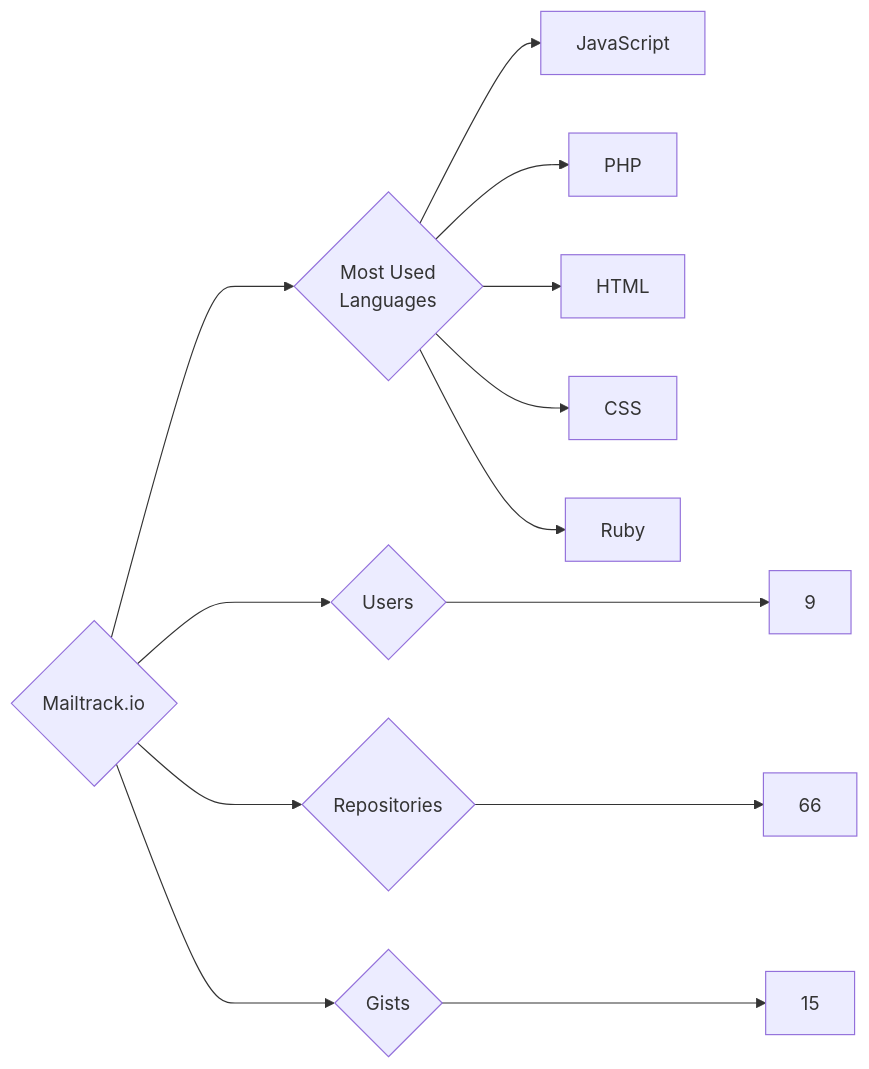
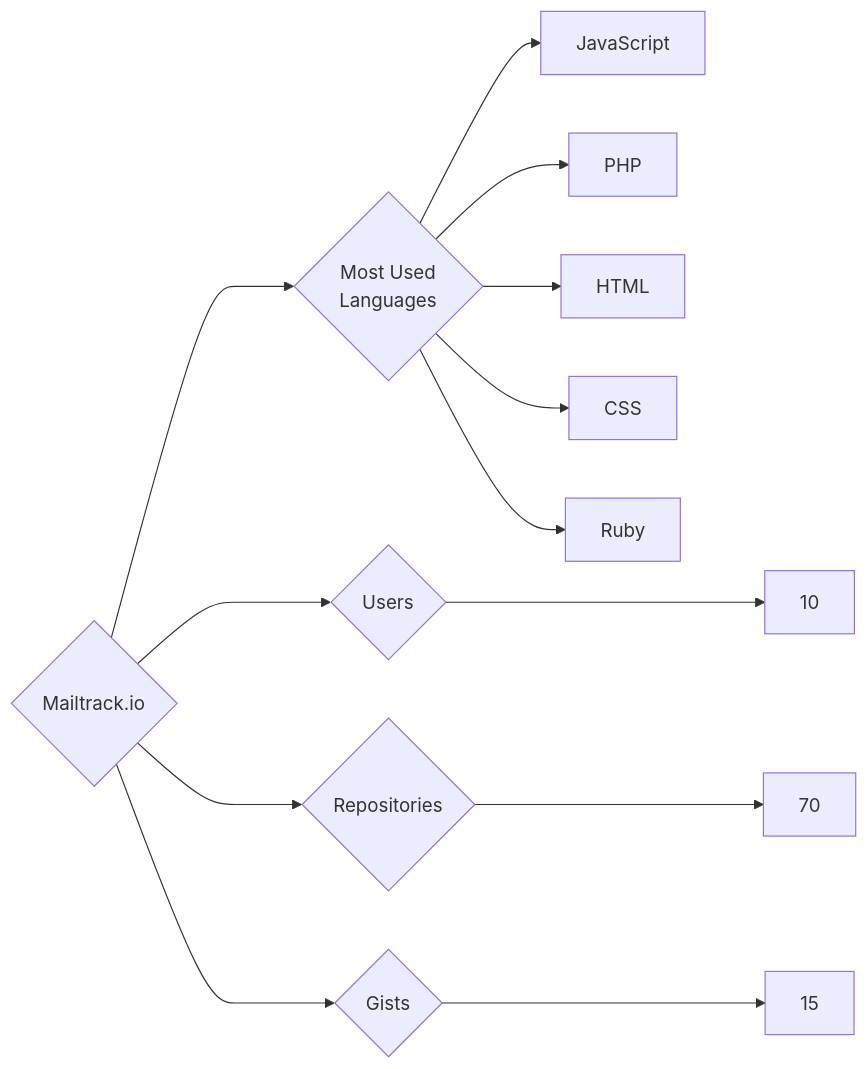
One commit to trickest/insiders changed the diagram in targets/Mailtrack.io/README.md. Above: the diagram before and after it, drawn with Mermaid. The commit also changed 1496 other files, not shown here.

````diff
--- a/targets/Mailtrack.io/README.md
+++ b/targets/Mailtrack.io/README.md
@@ -3,13 +3,13 @@
 ```mermaid
 graph LR
 COMPANY_NAME{Mailtrack.io}
-COMPANY_NAME ---> U{Users} ---> UN[9]
-COMPANY_NAME ---> R{Repositories} ---> RN[66]
+COMPANY_NAME ---> U{Users} ---> UN[10]
+COMPANY_NAME ---> R{Repositories} ---> RN[70]
 COMPANY_NAME ---> G{Gists} ---> GN[15]
 COMPANY_NAME ---> ML{Most Used<br>Languages}
 ML --> JavaScript[JavaScript]
 ML --> PHP[PHP]
 ML --> HTML[HTML]
 ML --> CSS[CSS]
 ML --> Ruby[Ruby]
 ```
````
